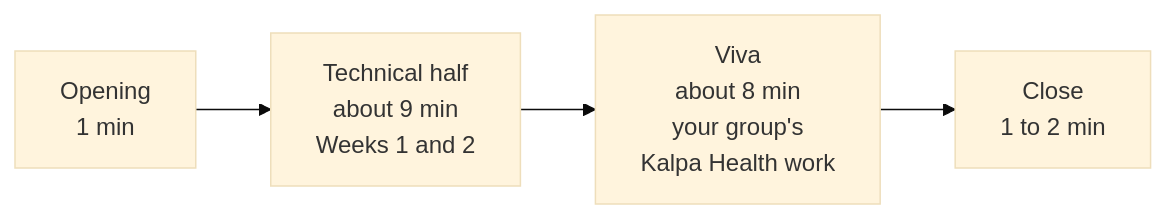
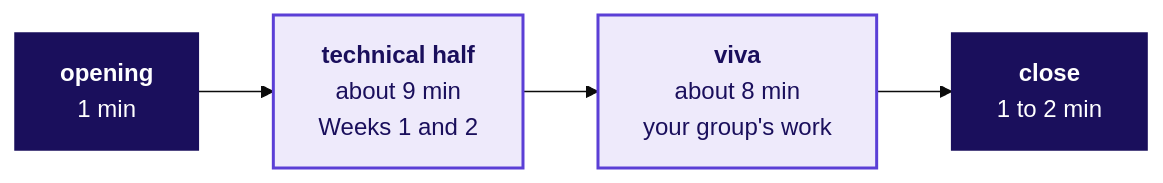
One commit to fde-academy-lab/c2-content-factory changed the diagram in content/W03/D4/mocks/C2_W03_D04_mock_brief_STUDENT.md. Above: the diagram before and after it, drawn with Mermaid (base theme). The commit also changed other lines of this file and 2 other files, not shown here.

````diff
--- a/content/W03/D4/mocks/C2_W03_D04_mock_brief_STUDENT.md
+++ b/content/W03/D4/mocks/C2_W03_D04_mock_brief_STUDENT.md
@@ -41,4 +65,8 @@
 ```mermaid
 flowchart LR
-    A["Opening<br/>1 min"] --> T["Technical half<br/>about 9 min<br/>Weeks 1 and 2"] --> V["Viva<br/>about 8 min<br/>your group's<br/>Kalpa Health work"] --> C["Close<br/>1 to 2 min"]
+    A["<b>opening</b><br/>1 min"] --> T["<b>technical half</b><br/>about 9 min<br/>Weeks 1 and 2"] --> V["<b>viva</b><br/>about 8 min<br/>your group's work"] --> C["<b>close</b><br/>1 to 2 min"]
+    classDef known fill:#EEEAFB,stroke:#5B3FD6,color:#1A0F5C,stroke-width:2px
+    classDef dark fill:#1A0F5C,stroke:#1A0F5C,color:#FFFFFF
+    class T,V known
+    class A,C dark
 ```
````
